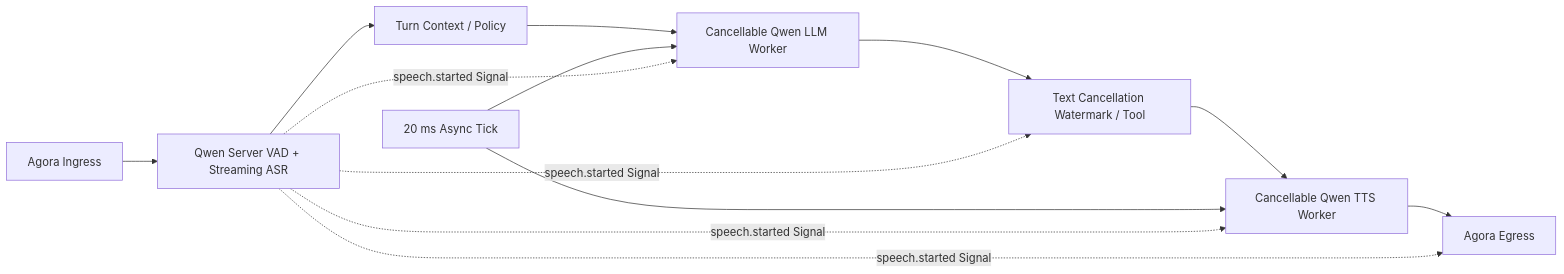
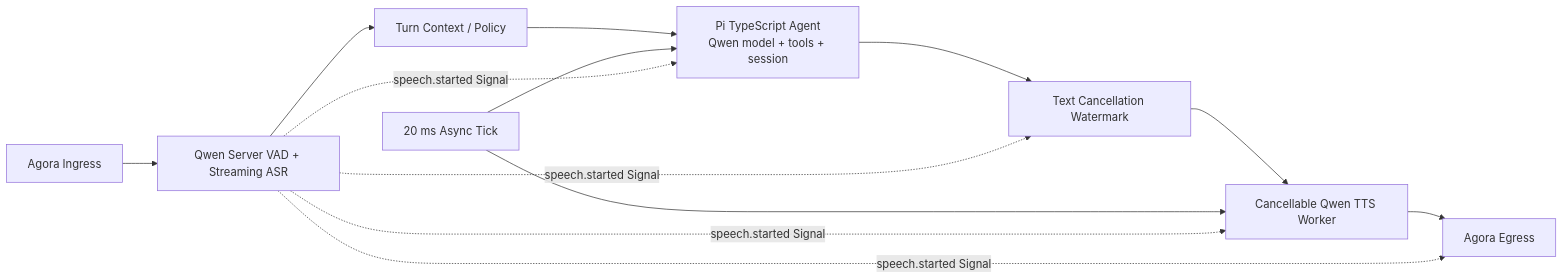
Before and after one commit to PiyotaHu/muxiva: the second of 3 diagrams in docs/site/en/voice-architecture.md, drawn with Mermaid. The commit also changed other lines of this file and 111 other files, not shown here.

````diff
--- a/docs/site/en/voice-architecture.md
+++ b/docs/site/en/voice-architecture.md
@@ -32,15 +32,15 @@
 ```mermaid
 flowchart LR
     IN["Agora Ingress"] --> ASR["Qwen Server VAD + Streaming ASR"]
     ASR --> FUSION["Turn Context / Policy"]
-    FUSION --> LLM["Cancellable Qwen LLM Worker"]
-    CLOCK["20 ms Async Tick"] --> LLM
-    LLM --> GATE["Text Cancellation Watermark / Tool"]
+    FUSION --> AGENT["Pi TypeScript Agent<br/>Qwen model + tools + session"]
+    CLOCK["20 ms Async Tick"] --> AGENT
+    AGENT --> GATE["Text Cancellation Watermark"]
     GATE --> TTS["Cancellable Qwen TTS Worker"]
     CLOCK --> TTS
     TTS --> OUT["Agora Egress"]
-    ASR -. "speech.started Signal" .-> LLM
+    ASR -. "speech.started Signal" .-> AGENT
     ASR -. "speech.started Signal" .-> TTS
     ASR -. "speech.started Signal" .-> GATE
     ASR -. "speech.started Signal" .-> OUT
 ```
````
